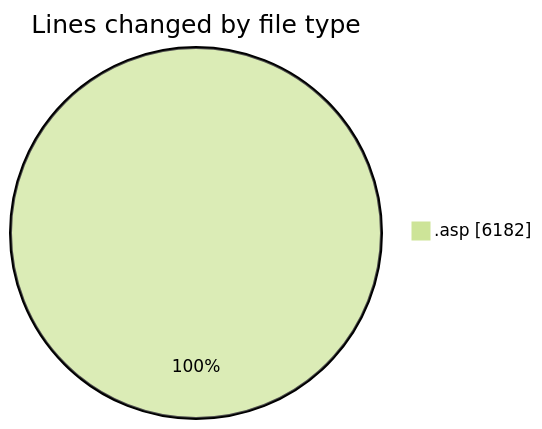
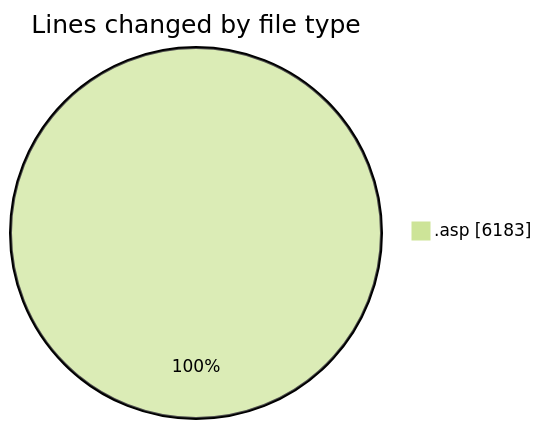
Before and after one commit to julien-gomy/code-tracking: the first of 2 diagrams in 2025-11-28/cdp_aleoudev_fr__workspace_/README.md, drawn with Mermaid (forest theme). The commit also changed other lines of this file and 1 other file, not shown here.

````diff
--- a/2025-11-28/cdp_aleoudev_fr__workspace_/README.md
+++ b/2025-11-28/cdp_aleoudev_fr__workspace_/README.md
@@ -22,5 +22,5 @@
 ```mermaid
 pie showData
 title Lines changed by file type
-".asp" : 6182
+".asp" : 6183
 ```
````
